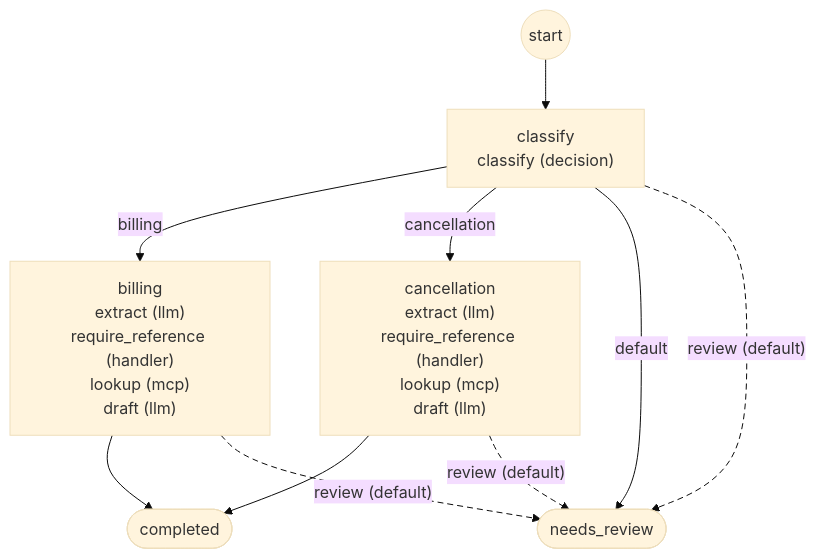
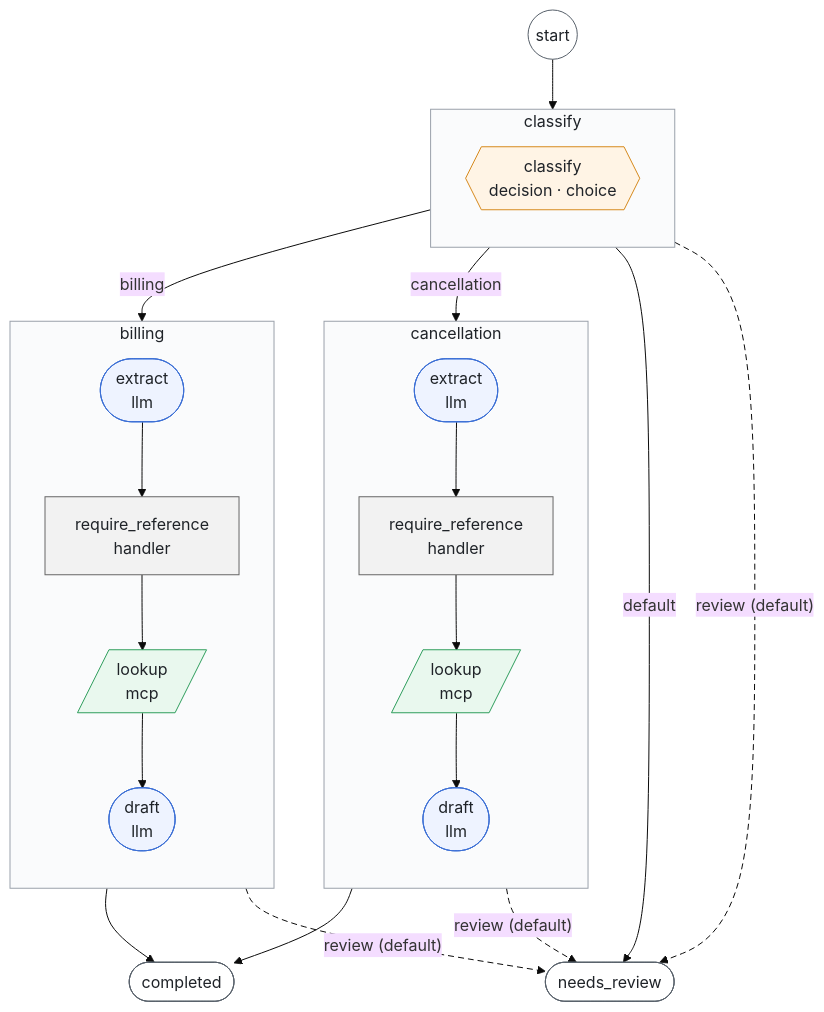
The third of 4 diagrams in examples/support_email_tutorial/WORKFLOWS.md (sebastianwessel/foliqant), drawn with Mermaid (base theme) before and after one commit. The commit also changed other lines of this file and 21 other files, not shown here.

First line of the commit message:
Render workflow graphs as subgraphs with steps, shapes and a legend

````diff
--- a/examples/support_email_tutorial/WORKFLOWS.md
+++ b/examples/support_email_tutorial/WORKFLOWS.md
@@ -27,21 +66,52 @@
 ```mermaid
 flowchart TD
-  start((start))
-  flow_classify["classify<br/>classify (decision)"]
-  flow_billing["billing<br/>extract (llm)<br/>require_reference (handler)<br/>lookup (mcp)<br/>draft (llm)"]
-  flow_cancellation["cancellation<br/>extract (llm)<br/>require_reference (handler)<br/>lookup (mcp)<br/>draft (llm)"]
-  outcome_completed(["completed"])
-  outcome_needs_review(["needs_review"])
-  start --> flow_classify
-  flow_classify -->|"billing"| flow_billing
-  flow_classify -->|"cancellation"| flow_cancellation
-  flow_classify -->|"default"| outcome_needs_review
-  flow_classify -.->|"review (default)"| outcome_needs_review
-  flow_billing --> outcome_completed
-  flow_billing -.->|"review (default)"| outcome_needs_review
-  flow_cancellation --> outcome_completed
-  flow_cancellation -.->|"review (default)"| outcome_needs_review
-  linkStyle 4 stroke-dasharray: 6 4
-  linkStyle 6 stroke-dasharray: 6 4
-  linkStyle 8 stroke-dasharray: 6 4
+  start__((start))
+  subgraph classify["classify"]
+    direction TB
+    classify__classify{{"classify<br/>decision · choice"}}
+  end
+  subgraph billing["billing"]
+    direction TB
+    billing__extract(["extract<br/>llm"])
+    billing__require_reference["require_reference<br/>handler"]
+    billing__lookup[/"lookup<br/>mcp"/]
+    billing__draft(["draft<br/>llm"])
+    billing__extract --> billing__require_reference
+    billing__require_reference --> billing__lookup
+    billing__lookup --> billing__draft
+  end
+  subgraph cancellation["cancellation"]
+    direction TB
+    cancellation__extract(["extract<br/>llm"])
+    cancellation__require_reference["require_reference<br/>handler"]
+    cancellation__lookup[/"lookup<br/>mcp"/]
+    cancellation__draft(["draft<br/>llm"])
+    cancellation__extract --> cancellation__require_reference
+    cancellation__require_reference --> cancellation__lookup
+    cancellation__lookup --> cancellation__draft
+  end
+  outcome_completed__(["completed"])
+  outcome_needs_review__(["needs_review"])
+  start__ --> classify
+  classify -->|"billing"| billing
+  classify -->|"cancellation"| cancellation
+  classify -->|"default"| outcome_needs_review__
+  classify -.->|"review (default)"| outcome_needs_review__
+  billing --> outcome_completed__
+  billing -.->|"review (default)"| outcome_needs_review__
+  cancellation --> outcome_completed__
+  cancellation -.->|"review (default)"| outcome_needs_review__
+  classDef decision fill:#fff4e5,stroke:#d68a1d,color:#1f2328
+  classDef llm fill:#eef3ff,stroke:#3b6fd6,color:#1f2328
+  classDef handler fill:#f2f2f2,stroke:#666666,color:#1f2328
+  classDef mcp fill:#e9f8ee,stroke:#2f9e5d,color:#1f2328
+  classDef flow fill:#fafbfc,stroke:#9aa1ab,color:#1f2328
+  classDef terminal fill:#ffffff,stroke:#57606a,color:#1f2328
+  class classify__classify decision
+  class billing__extract,billing__draft,cancellation__extract,cancellation__draft llm
+  class billing__require_reference,cancellation__require_reference handler
+  class billing__lookup,cancellation__lookup mcp
+  class classify,billing,cancellation flow
+  class start__,outcome_completed__,outcome_needs_review__ terminal
+  linkStyle 10,12,14 stroke-dasharray: 6 4
 ```
````
